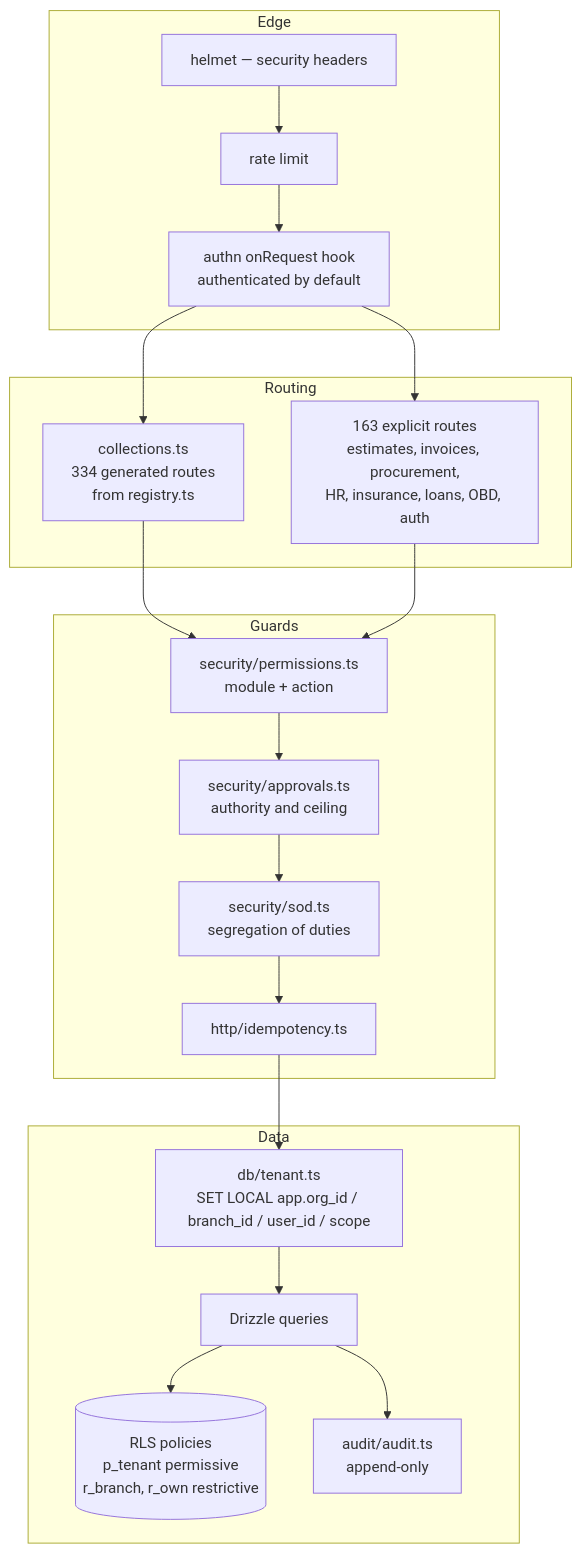
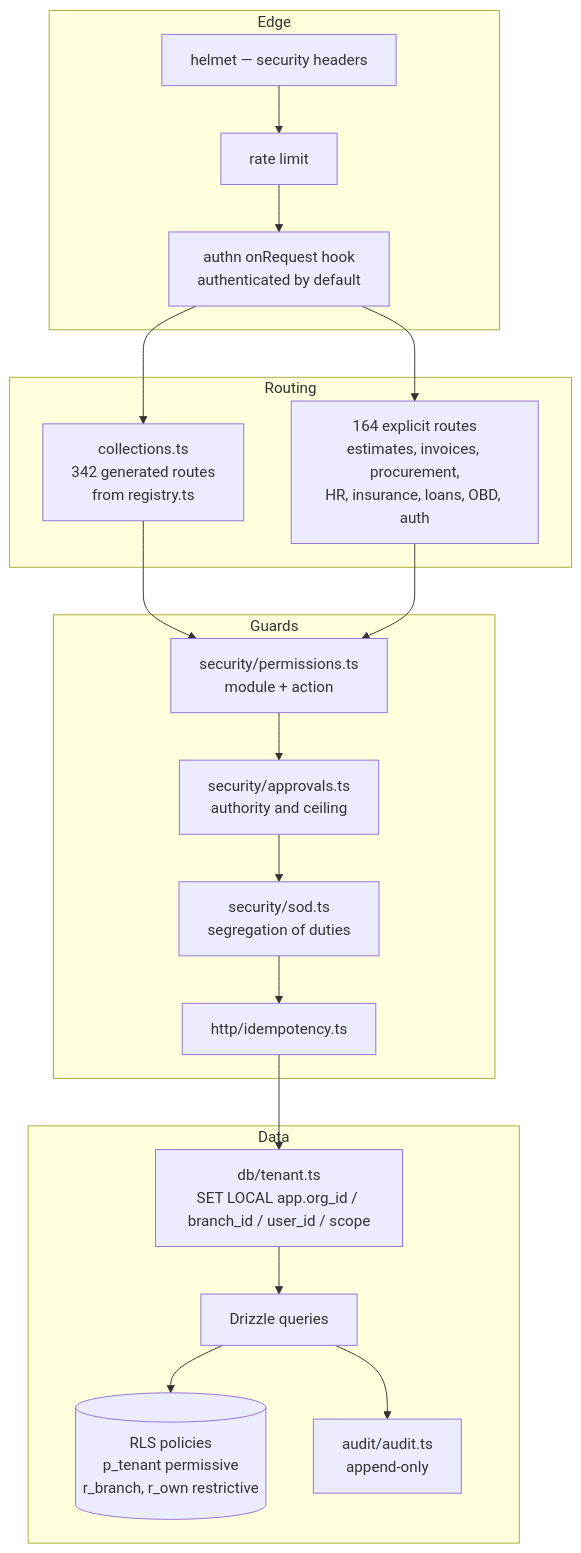
One commit to tazamohd/SlClNe changed the third of 4 diagrams in docs/15_C4_ARCHITECTURE_DIAGRAMS/C4_MODEL.md. Above: the diagram before and after it, drawn with Mermaid. The commit also changed other lines of this file and 65 other files, not shown here.

````diff
--- a/docs/15_C4_ARCHITECTURE_DIAGRAMS/C4_MODEL.md
+++ b/docs/15_C4_ARCHITECTURE_DIAGRAMS/C4_MODEL.md
@@ -60,29 +60,29 @@
 ```mermaid
 flowchart TB
   subgraph edge[Edge]
     helmet["helmet — security headers"]
     rl["rate limit"]
     authn["authn onRequest hook<br/>authenticated by default"]
   end
   subgraph routing[Routing]
-    generic["collections.ts<br/>334 generated routes<br/>from registry.ts"]
-    explicit["163 explicit routes<br/>estimates, invoices, procurement,<br/>HR, insurance, loans, OBD, auth"]
+    generic["collections.ts<br/>342 generated routes<br/>from registry.ts"]
+    explicit["164 explicit routes<br/>estimates, invoices, procurement,<br/>HR, insurance, loans, OBD, auth"]
   end
   subgraph guards[Guards]
     perms["security/permissions.ts<br/>module + action"]
     approvals["security/approvals.ts<br/>authority and ceiling"]
     sod["security/sod.ts<br/>segregation of duties"]
     idem["http/idempotency.ts"]
   end
   subgraph data[Data]
     tenant["db/tenant.ts<br/>SET LOCAL app.org_id / branch_id / user_id / scope"]
     drizzle["Drizzle queries"]
     rls[("RLS policies<br/>p_tenant permissive<br/>r_branch, r_own restrictive")]
     audit["audit/audit.ts<br/>append-only"]
   end
   helmet --> rl --> authn --> generic
   authn --> explicit
   generic --> perms
   explicit --> perms --> approvals --> sod --> idem --> tenant --> drizzle --> rls
   drizzle --> audit
 ```
````
